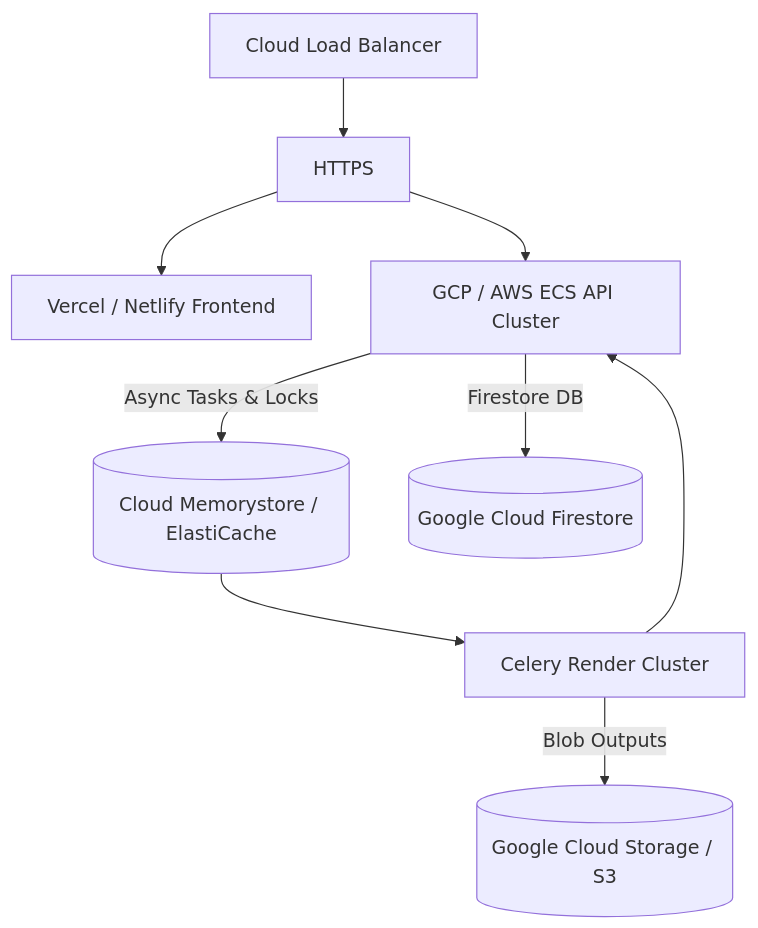
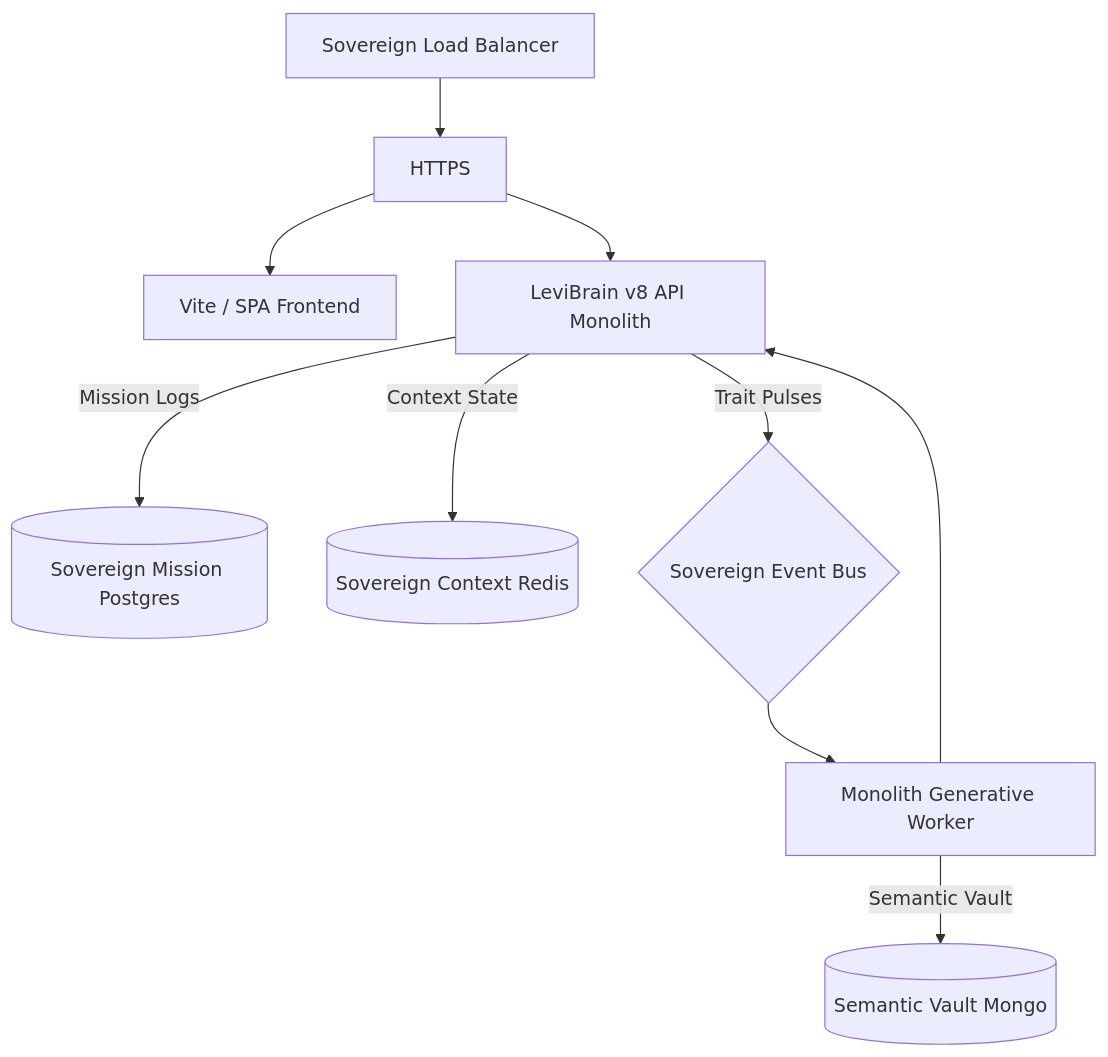
Before and after one commit to Blackdrg/levi-ai-innovate: the diagram in docs/DEPLOYMENT.md, drawn with Mermaid. The commit also changed other lines of this file and 4 other files, not shown here.

First line of the commit message:
docs(sync): LeviBrain v8 Documentation & Registry Graduation

````diff
--- a/docs/DEPLOYMENT.md
+++ b/docs/DEPLOYMENT.md
@@ -13,13 +13,14 @@
 ```mermaid
 graph TD
-    LB[Cloud Load Balancer] --> HTTPS
-    HTTPS --> Web[Vercel / Netlify Frontend]
-    HTTPS --> API[GCP / AWS ECS API Cluster]
+    LB[Sovereign Load Balancer] --> HTTPS
+    HTTPS --> Web[Vite / SPA Frontend]
+    HTTPS --> V8[LeviBrain v8 API Monolith]
     
-    API -->|Async Tasks & Locks| Redis[(Cloud Memorystore / ElastiCache)]
-    API -->|Firestore DB| GCP[(Google Cloud Firestore)]
+    V8 -->|Mission Logs| Postgres[(Sovereign Mission Postgres)]
+    V8 -->|Context State| Redis[(Sovereign Context Redis)]
+    V8 -->|Trait Pulses| Kafka{Sovereign Event Bus}
     
-    Redis --> Worker[Celery Render Cluster]
-    Worker --> API
-    Worker -->|Blob Outputs| Storage[(Google Cloud Storage / S3)]
+    Kafka --> Worker[Monolith Generative Worker]
+    Worker --> V8
+    Worker -->|Semantic Vault| Mongo[(Semantic Vault Mongo)]
 ```
````
